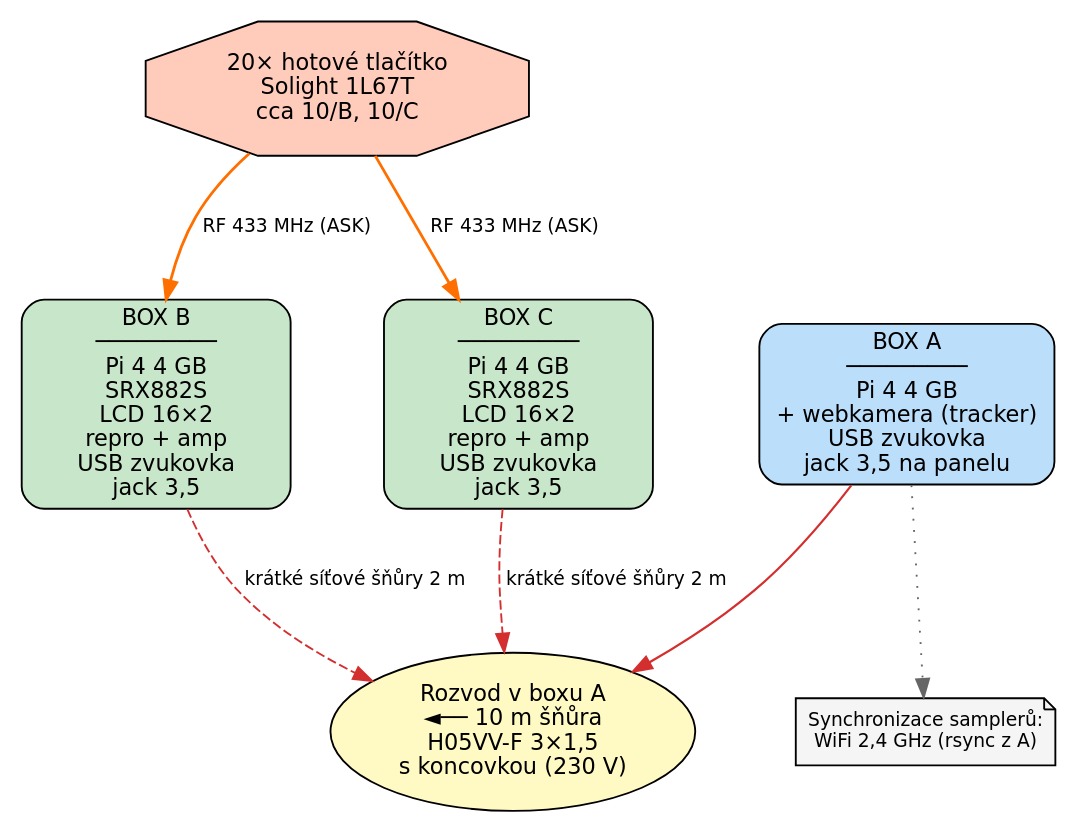
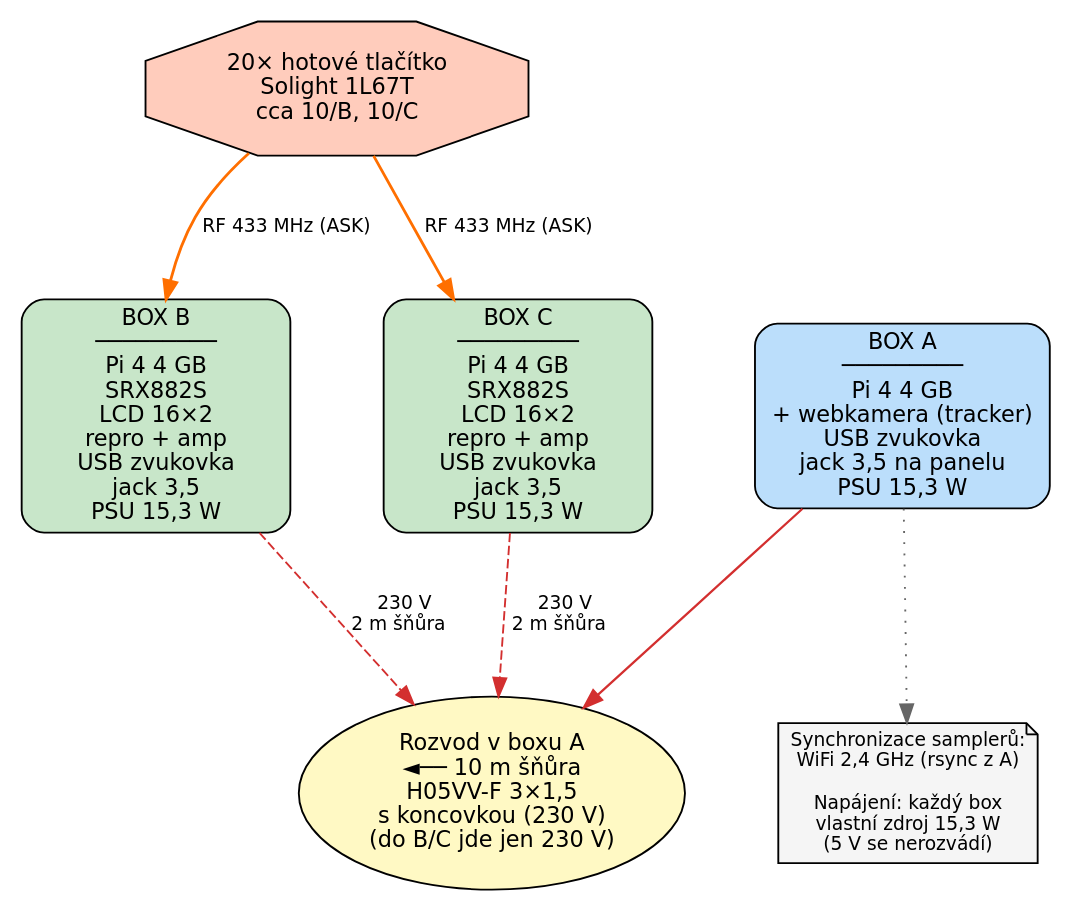
The diagram in docs/dot/hw_01_architecture.dot (K0F/1938_ABC), drawn with Graphviz before and after one commit. The commit also changed 6 other files, not shown here.

First line of the commit message:
docs: diagrams show each box has own 15.3W PSU

```diff
--- a/docs/dot/hw_01_architecture.dot
+++ b/docs/dot/hw_01_architecture.dot
@@ -1,30 +1,30 @@
 // HW §1 — Architektura a role boxů (3-box topology)
 digraph G {
     graph [fontname="DejaVu Sans" rankdir=TB bgcolor="white" nodesep=0.7 ranksep=0.9];
 node [fontname="DejaVu Sans" fontsize=12 style="filled"];
 edge [fontname="DejaVu Sans" fontsize=10];
 
 // Tlačítka
 tlačítka [label="20× hotové tlačítko\nSolight 1L67T\ncca 10/B, 10/C" shape=octagon style="filled" fillcolor="#ffccbc" width=2.2];
 
 // Boxes
-boxB [label="BOX B\n─────────\nPi 4 4 GB\nSRX882S\nLCD 16×2\nrepro + amp\nUSB zvukovka\njack 3,5" shape=box style="filled,rounded" fillcolor="#c8e6c9" width=2];
-boxC [label="BOX C\n─────────\nPi 4 4 GB\nSRX882S\nLCD 16×2\nrepro + amp\nUSB zvukovka\njack 3,5" shape=box style="filled,rounded" fillcolor="#c8e6c9" width=2];
-boxA [label="BOX A\n─────────\nPi 4 4 GB\n+ webkamera (tracker)\nUSB zvukovka\njack 3,5 na panelu" shape=box style="filled,rounded" fillcolor="#bbdefb" width=2.2];
+boxB [label="BOX B\n─────────\nPi 4 4 GB\nSRX882S\nLCD 16×2\nrepro + amp\nUSB zvukovka\njack 3,5\nPSU 15,3 W" shape=box style="filled,rounded" fillcolor="#c8e6c9" width=2];
+boxC [label="BOX C\n─────────\nPi 4 4 GB\nSRX882S\nLCD 16×2\nrepro + amp\nUSB zvukovka\njack 3,5\nPSU 15,3 W" shape=box style="filled,rounded" fillcolor="#c8e6c9" width=2];
+boxA [label="BOX A\n─────────\nPi 4 4 GB\n+ webkamera (tracker)\nUSB zvukovka\njack 3,5 na panelu\nPSU 15,3 W" shape=box style="filled,rounded" fillcolor="#bbdefb" width=2.2];
 
 // Power
-rozvod [label="Rozvod v boxu A\n◄── 10 m šňůra\nH05VV-F 3×1,5\ns koncovkou (230 V)" shape=oval fillcolor="#fff9c4"];
+rozvod [label="Rozvod v boxu A\n◄── 10 m šňůra\nH05VV-F 3×1,5\ns koncovkou (230 V)\n(do B/C jde jen 230 V)" shape=oval fillcolor="#fff9c4"];
 
 // RF
 tlačítka -> boxB [label="  RF 433 MHz (ASK)  " color="#ff6f00" penwidth=1.5 style=bold];
 tlačítka -> boxC [label="  RF 433 MHz (ASK)  " color="#ff6f00" penwidth=1.5 style=bold];
 
-// Power
+// Power (only 230 V reaches B/C — each box converts it with its own 15,3 W PSU)
 boxA -> rozvod [label="  " color="#d32f2f" penwidth=1.2];
-boxB -> rozvod [label="  krátké síťové šňůry 2 m  " color="#d32f2f" penwidth=1.0 style=dashed];
-boxC -> rozvod [label="  krátké síťové šňůry 2 m  " color="#d32f2f" penwidth=1.0 style=dashed];
+boxB -> rozvod [label="  230 V\n  2 m šňůra  " color="#d32f2f" penwidth=1.0 style=dashed];
+boxC -> rozvod [label="  230 V\n  2 m šňůra  " color="#d32f2f" penwidth=1.0 style=dashed];
 
 // Note
-note [label="Synchronizace samplerů:\nWiFi 2,4 GHz (rsync z A)" shape=note fillcolor="#f5f5f5" fontsize=10];
+note [label="Synchronizace samplerů:\nWiFi 2,4 GHz (rsync z A)\n\nNapájení: každý box\nvlastní zdroj 15,3 W\n(5 V se nerozvádí)" shape=note fillcolor="#f5f5f5" fontsize=10];
 boxA -> note [style=dotted color="#666666"];
 }
```
